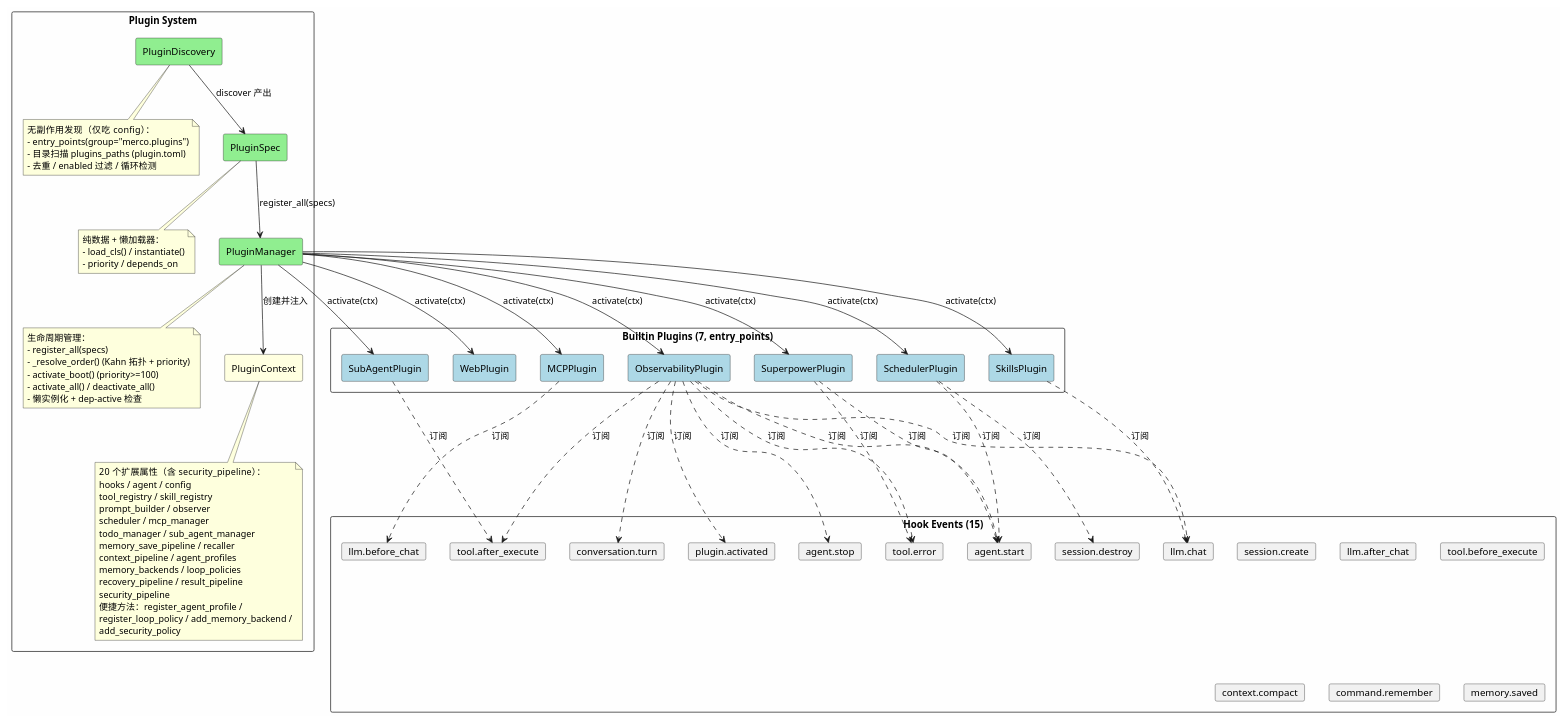
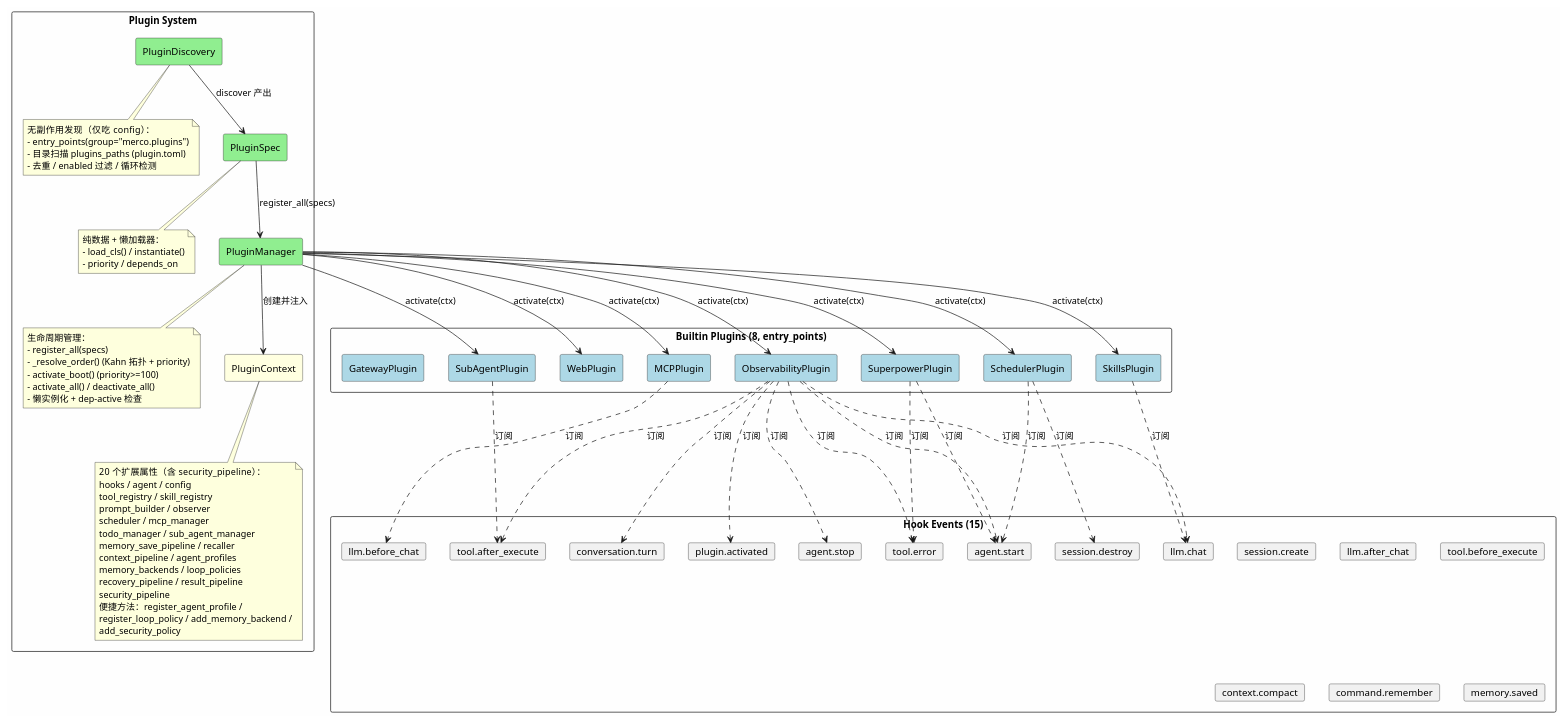
Before and after one commit to XiongDaowen/merco: the second of 12 diagrams in docs/project-vision/references/architecture.md, drawn with PlantUML. The commit also changed other lines of this file, not shown here.

```diff
--- a/docs/project-vision/references/architecture.md
+++ b/docs/project-vision/references/architecture.md
@@ -254,7 +265,7 @@
   end note
 }
 
-package "Builtin Plugins (7, entry_points)" {
+package "Builtin Plugins (8, entry_points)" {
   rectangle "MCPPlugin" as MCP #LightBlue
   rectangle "ObservabilityPlugin" as Obs #LightBlue
   rectangle "SchedulerPlugin" as Sched #LightBlue
@@ -262,6 +273,7 @@
   rectangle "SubAgentPlugin" as SubAgent #LightBlue
   rectangle "WebPlugin" as Web #LightBlue
   rectangle "SuperpowerPlugin" as Super #LightBlue
+  rectangle "GatewayPlugin" as Gateway #LightBlue
 }
 
 package "Hook Events (15)" {
```
